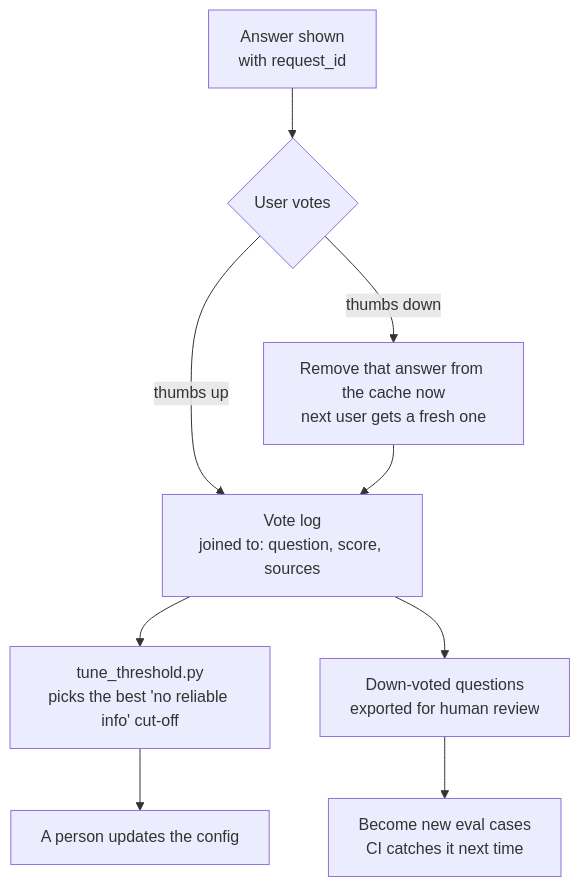
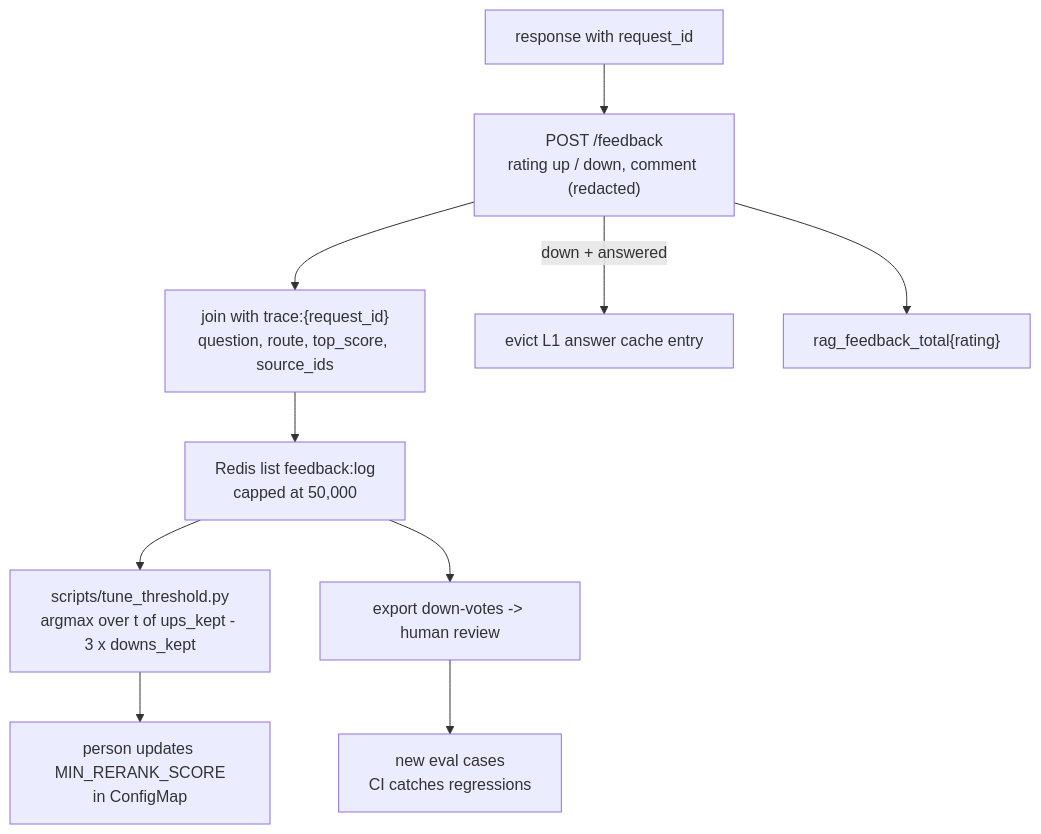
Before and after one commit to pavanaditya123/healthcare-rag-assistant: the tenth of 13 diagrams in README.md, drawn with Mermaid. The commit also changed other lines of this file, not shown here.

Commit message:
README: technical diagrams per component, each followed by an everyday explanation

````diff
--- a/README.md
+++ b/README.md
@@ -501,11 +492,12 @@
 ```mermaid
 flowchart TD
-    A["Answer shown<br/>with request_id"] --> V{"User votes"}
-    V -- "thumbs up" --> LOG["Vote log<br/>joined to: question, score, sources"]
-    V -- "thumbs down" --> EV["Remove that answer from the cache now<br/>next user gets a fresh one"]
-    EV --> LOG
-    LOG --> TUNE["tune_threshold.py<br/>picks the best 'no reliable info' cut-off"]
-    LOG --> REV["Down-voted questions<br/>exported for human review"]
-    REV --> EVAL["Become new eval cases<br/>CI catches it next time"]
-    TUNE --> CFG["A person updates the config"]
+    A["response with request_id"] --> F["POST /feedback<br/>rating up / down, comment (redacted)"]
+    F --> T["join with trace:{request_id}<br/>question, route, top_score, source_ids"]
+    T --> LOG["Redis list feedback:log<br/>capped at 50,000"]
+    F -- "down + answered" --> EV["evict L1 answer cache entry"]
+    LOG --> TT["scripts/tune_threshold.py<br/>argmax over t of ups_kept - 3 x downs_kept"]
+    LOG --> RV["export down-votes -> human review"]
+    RV --> ES["new eval cases<br/>CI catches regressions"]
+    TT --> CM["person updates MIN_RERANK_SCORE<br/>in ConfigMap"]
+    F --> MET["rag_feedback_total{rating}"]
 ```
````
